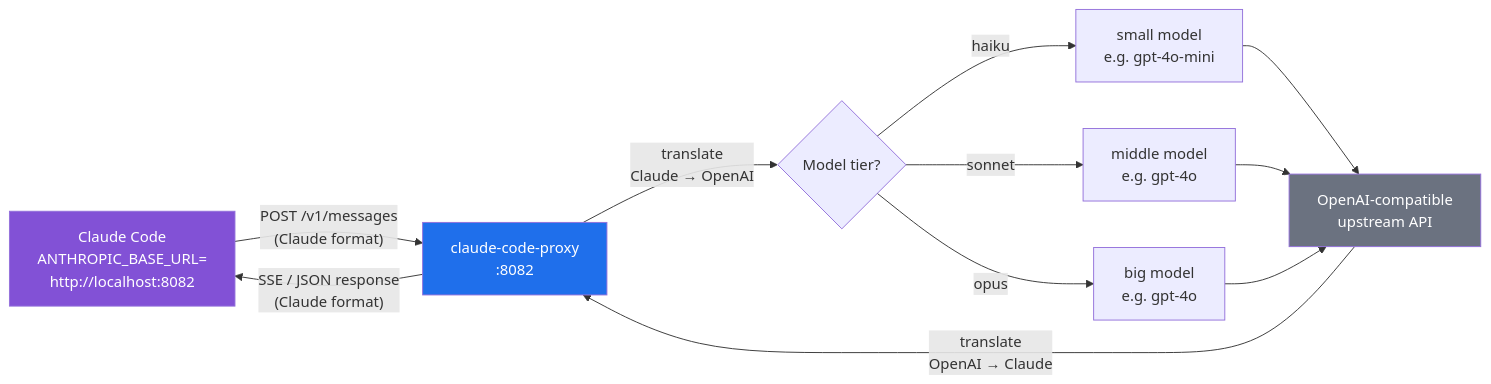
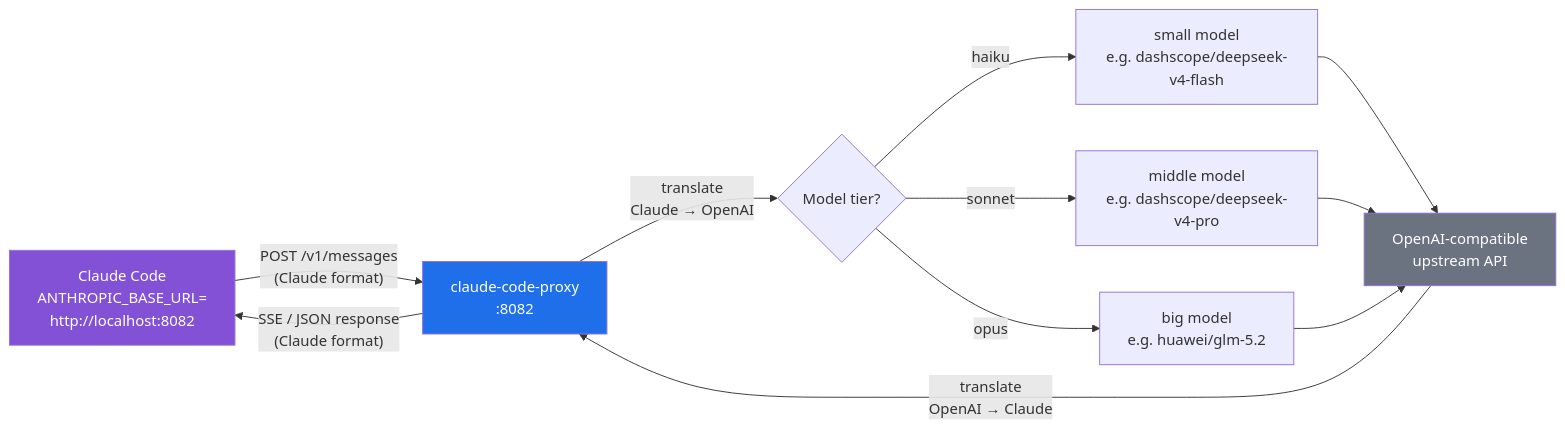
Before and after one commit to misternay/claude-desktop-proxy-golang: the second of 2 diagrams in README.md, drawn with Mermaid. The commit also changed other lines of this file and 1 other file, not shown here.

````diff
--- a/README.md
+++ b/README.md
@@ -51,17 +56,17 @@
 ```mermaid
 flowchart LR
     CC["Claude Code<br/>ANTHROPIC_BASE_URL=<br/>http://localhost:8082"] -->|"POST /v1/messages<br/>(Claude format)"| P
     P["claude-code-proxy<br/>:8082"] -->|"translate<br/>Claude → OpenAI"| T{Model tier?}
-    T -- haiku --> SM["small model<br/>e.g. gpt-4o-mini"]
-    T -- sonnet --> MM["middle model<br/>e.g. gpt-4o"]
-    T -- opus --> BM["big model<br/>e.g. gpt-4o"]
+    T -- haiku --> SM["small model<br/>e.g. dashscope/deepseek-v4-flash"]
+    T -- sonnet --> MM["middle model<br/>e.g. dashscope/deepseek-v4-pro"]
+    T -- opus --> BM["big model<br/>e.g. huawei/glm-5.2"]
     SM --> U["OpenAI-compatible<br/>upstream API"]
     MM --> U
     BM --> U
     U -->|"translate<br/>OpenAI → Claude"| P
     P -->|"SSE / JSON response<br/>(Claude format)"| CC
 
     style P fill:#1f6feb,color:#fff
     style U fill:#6b7280,color:#fff
     style CC fill:#8251d6,color:#fff
 ```
````
